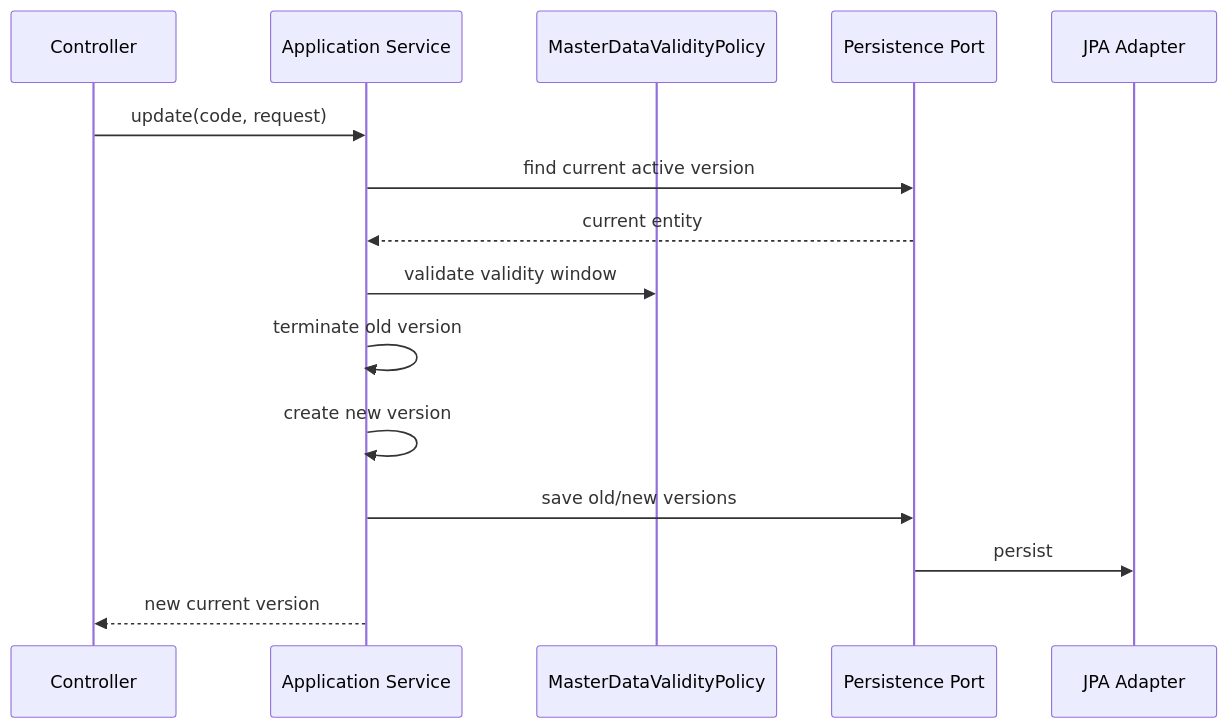
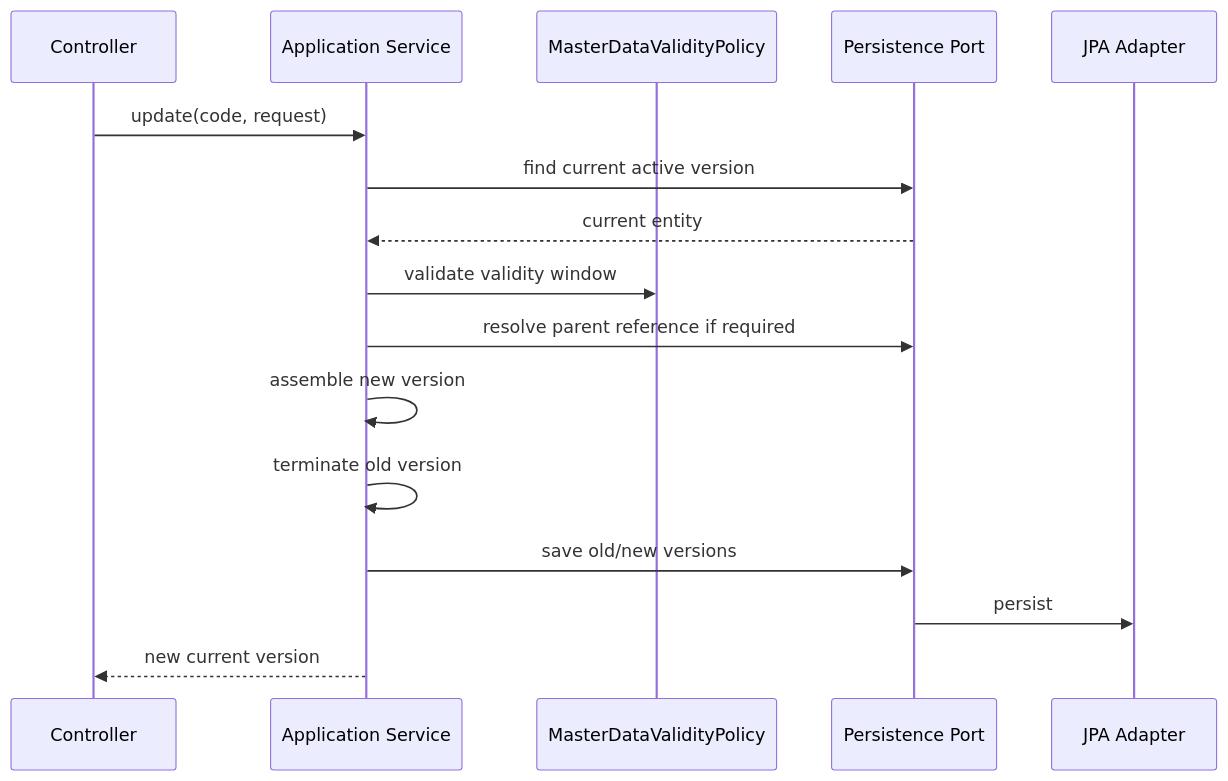
Before and after one commit to skyg547/account: the first of 5 diagrams in master-data/docs/process-flow.md, drawn with Mermaid. The commit also changed other lines of this file and 139 other files, not shown here.

````diff
--- a/master-data/docs/process-flow.md
+++ b/master-data/docs/process-flow.md
@@ -15,18 +15,19 @@
 ```mermaid
 sequenceDiagram
     participant API as Controller
     participant Service as Application Service
     participant Policy as MasterDataValidityPolicy
     participant Port as Persistence Port
     participant DB as JPA Adapter
 
     API->>Service: update(code, request)
     Service->>Port: find current active version
     Port-->>Service: current entity
     Service->>Policy: validate validity window
+    Service->>Port: resolve parent reference if required
+    Service->>Service: assemble new version
     Service->>Service: terminate old version
-    Service->>Service: create new version
     Service->>Port: save old/new versions
     Port->>DB: persist
     Service-->>API: new current version
 ```
````
